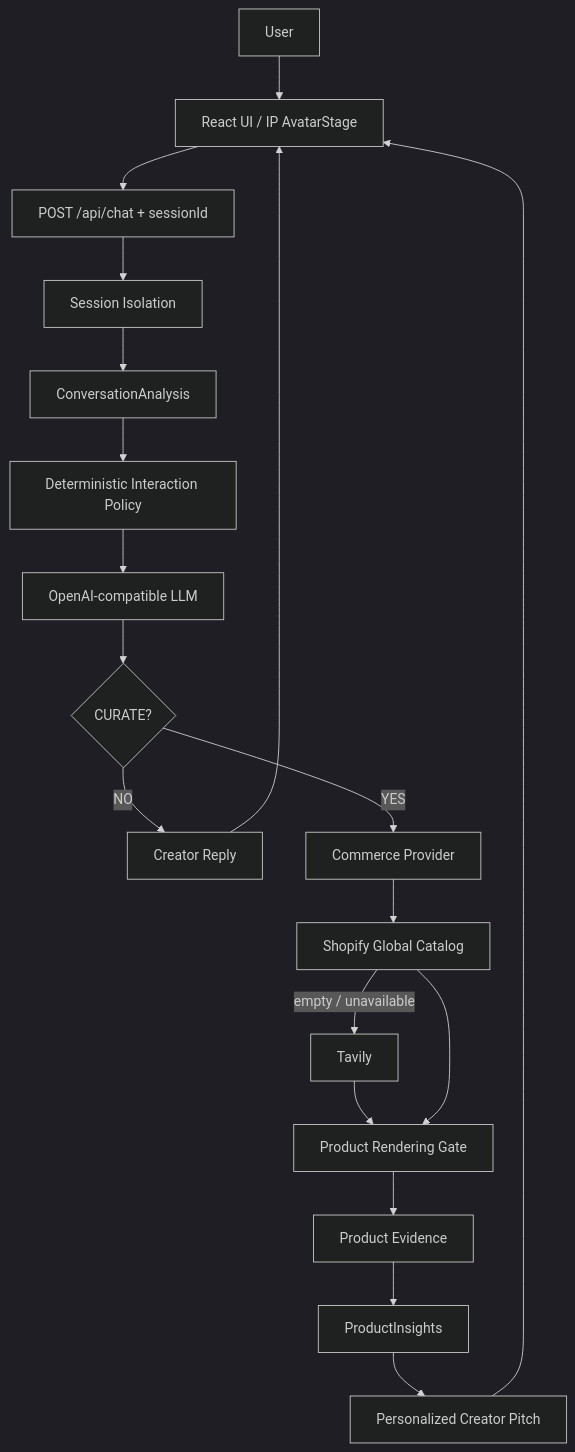
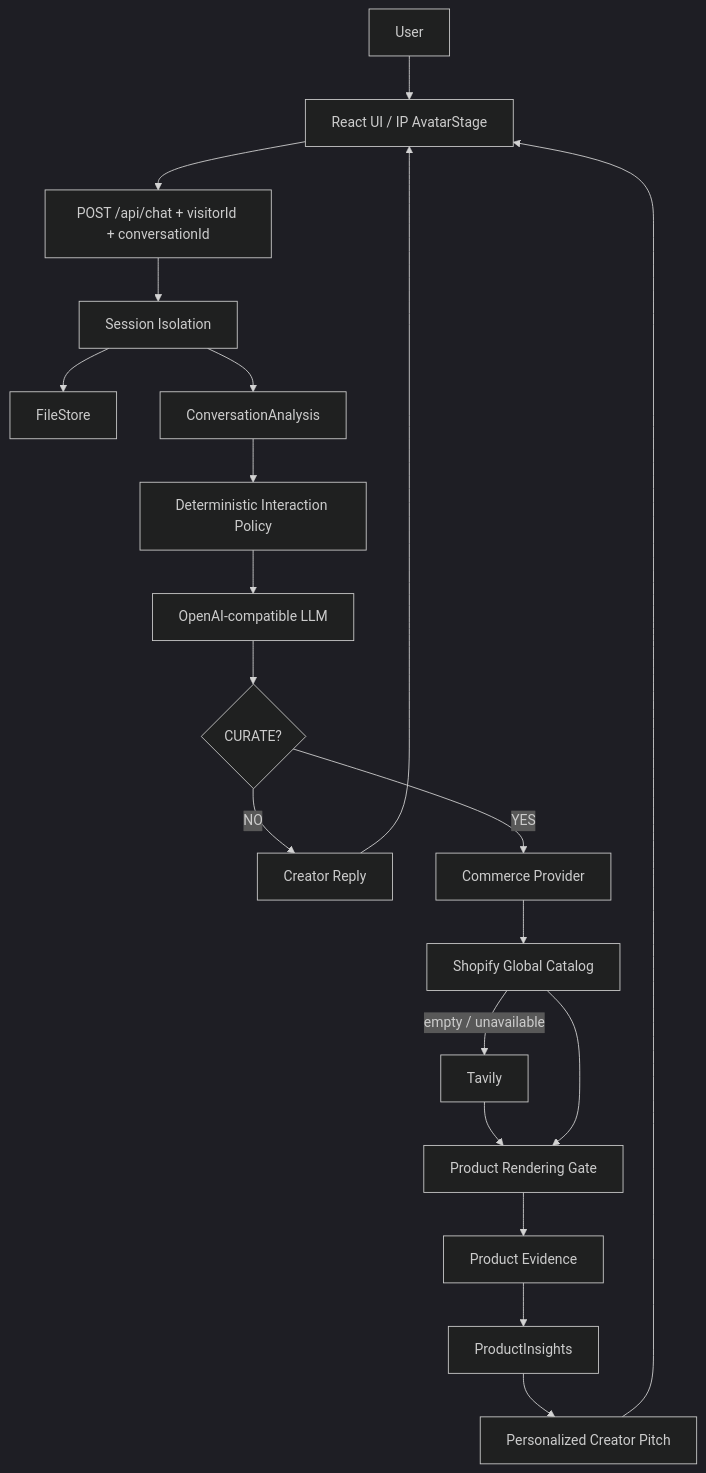
One commit to haomingweng3-eng/xiaoning-virtual-creator changed the diagram in README.md. Above: the diagram before and after it, drawn with Mermaid (dark theme). The commit also changed other lines of this file and 23 other files, not shown here.

````diff
--- a/README.md
+++ b/README.md
@@ -22,21 +23,22 @@
 ```mermaid
 flowchart TD
     U[User] --> UI[React UI / IP AvatarStage]
-    UI --> API[POST /api/chat + sessionId]
+    UI --> API[POST /api/chat + visitorId + conversationId]
     API --> SI[Session Isolation]
+    SI --> FS[FileStore]
     SI --> CA[ConversationAnalysis]
     CA --> IP[Deterministic Interaction Policy]
     IP --> LLM[OpenAI-compatible LLM]
     LLM --> C{CURATE?}
     C -- NO --> R[Creator Reply]
     C -- YES --> CP[Commerce Provider]
     CP --> S[Shopify Global Catalog]
     S -->|empty / unavailable| T[Tavily]
     T --> G[Product Rendering Gate]
     S --> G
     G --> E[Product Evidence]
     E --> PI[ProductInsights]
     PI --> P[Personalized Creator Pitch]
     R --> UI
     P --> UI
 ```
````
